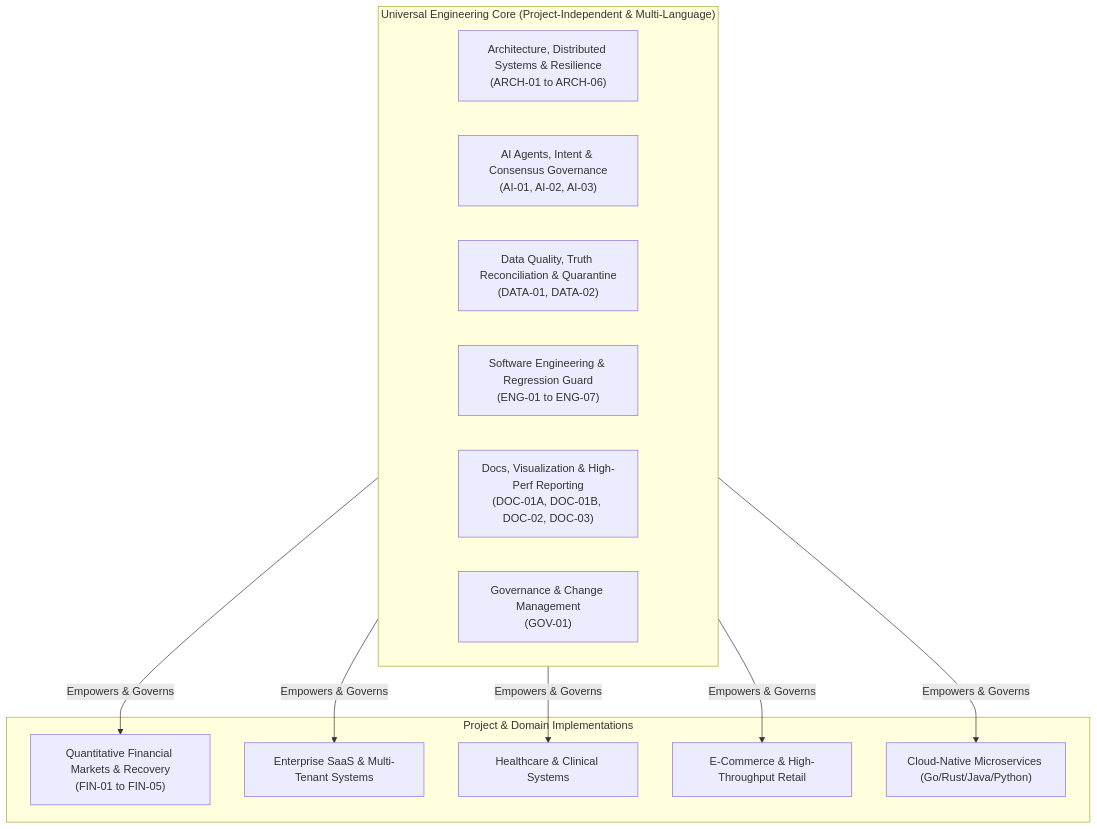
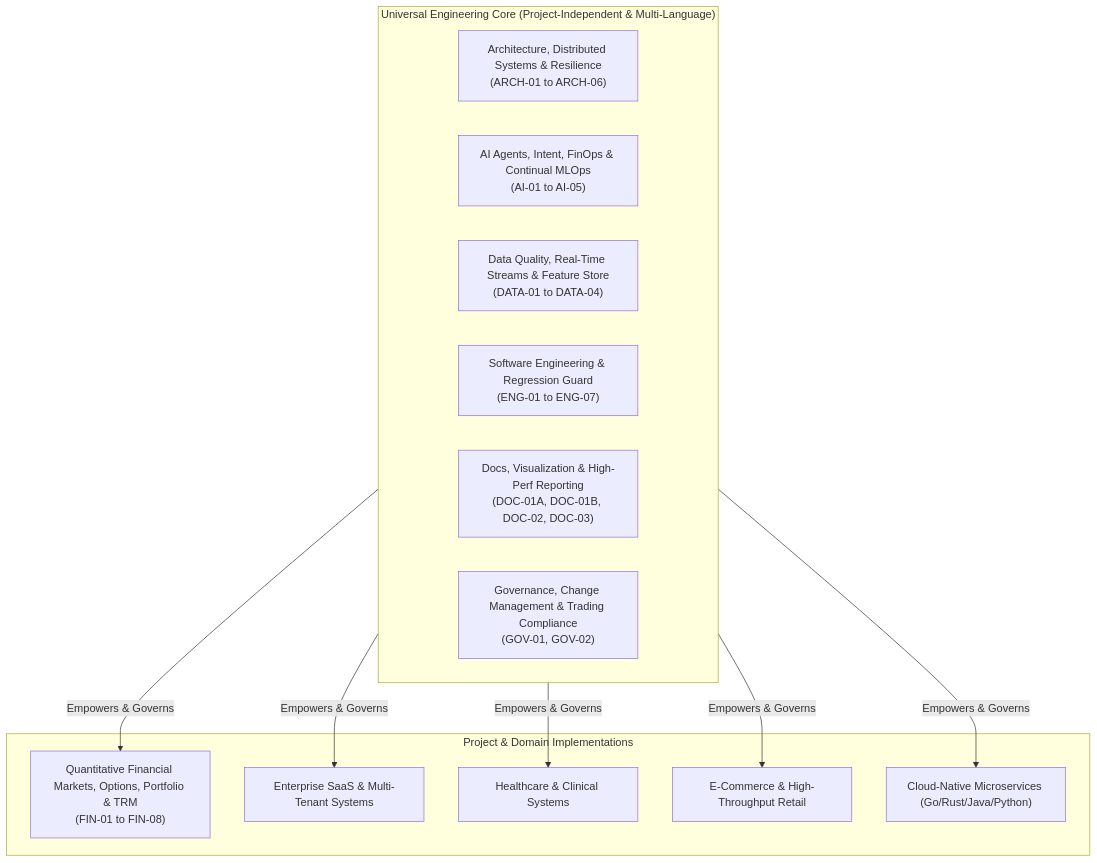
One commit to SaiTeja301/Stock_Market_Portfolio_Analysis changed the first of 2 diagrams in .skills/skills.md. Above: the diagram before and after it, drawn with Mermaid. The commit also changed other lines of this file and 70 other files, not shown here.

````diff
--- a/.skills/skills.md
+++ b/.skills/skills.md
@@ -16,25 +16,25 @@
 ```mermaid
 flowchart TD
     subgraph UniversalCore ["Universal Engineering Core (Project-Independent & Multi-Language)"]
         ARCH["Architecture, Distributed Systems & Resilience\n(ARCH-01 to ARCH-06)"]
-        AI["AI Agents, Intent & Consensus Governance\n(AI-01, AI-02, AI-03)"]
-        DATA["Data Quality, Truth Reconciliation & Quarantine\n(DATA-01, DATA-02)"]
+        AI["AI Agents, Intent, FinOps & Continual MLOps\n(AI-01 to AI-05)"]
+        DATA["Data Quality, Real-Time Streams & Feature Store\n(DATA-01 to DATA-04)"]
         ENG["Software Engineering & Regression Guard\n(ENG-01 to ENG-07)"]
         DOC["Docs, Visualization & High-Perf Reporting\n(DOC-01A, DOC-01B, DOC-02, DOC-03)"]
-        GOV["Governance & Change Management\n(GOV-01)"]
+        GOV["Governance, Change Management & Trading Compliance\n(GOV-01, GOV-02)"]
     end
 
     subgraph ApplicationDomains ["Project & Domain Implementations"]
-        FIN["Quantitative Financial Markets & Recovery\n(FIN-01 to FIN-05)"]
+        FIN["Quantitative Financial Markets, Options, Portfolio & TRM\n(FIN-01 to FIN-08)"]
         SAAS["Enterprise SaaS & Multi-Tenant Systems"]
         HEALTH["Healthcare & Clinical Systems"]
         ECOMM["E-Commerce & High-Throughput Retail"]
         MICRO["Cloud-Native Microservices (Go/Rust/Java/Python)"]
     end
 
     UniversalCore -->|Empowers & Governs| FIN
     UniversalCore -->|Empowers & Governs| SAAS
     UniversalCore -->|Empowers & Governs| HEALTH
     UniversalCore -->|Empowers & Governs| ECOMM
     UniversalCore -->|Empowers & Governs| MICRO
 ```
````
